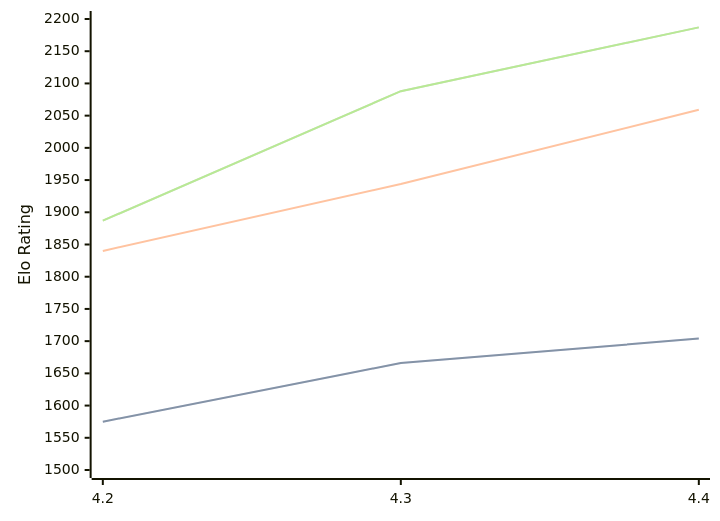
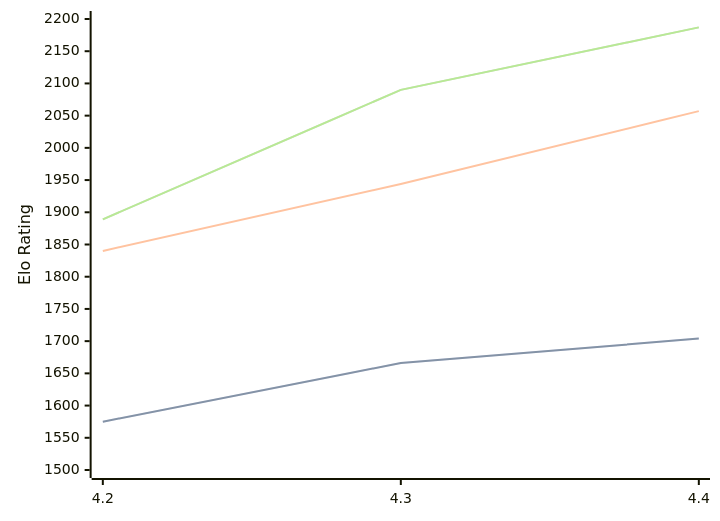
The third of 3 diagrams in engines/Radiance.md (computer-chess-index/cci), drawn with Mermaid before and after one commit. The commit also changed other lines of this file, not shown here.

Commit message:
Update CCI Ratings (ELO VLTC) - 2026-07-14

````diff
--- a/engines/Radiance.md
+++ b/engines/Radiance.md
@@ -69,11 +69,11 @@
 ```mermaid
 %%{init: {"theme":"base","themeVariables":{"seriesColors:['#a3a3a3','#222221','#faa371']}}}%%
 xychart-beta
   x-axis ["4.2", "4.3", "4.4"]
   y-axis "Elo Rating" 1500 --> 2200
   line "STC (8.0+0.08s)" [1575, 1666, 1704]
   line "STC (8.0+0.08s)" [1575, 1666, 1704]
-  line "LTC (60.0+0.60s)" [1840, 1944, 2059]
-  line "VLTC (2m24s+1.12s)" [1887, 2088, 2187]
-  line "VLTC (2m24s+1.12s)" [1887, 2088, 2187]
+  line "LTC (60.0+0.60s)" [1840, 1944, 2057]
+  line "VLTC (2m24s+1.12s)" [1889, 2090, 2187]
+  line "VLTC (2m24s+1.12s)" [1889, 2090, 2187]
 ```
````
